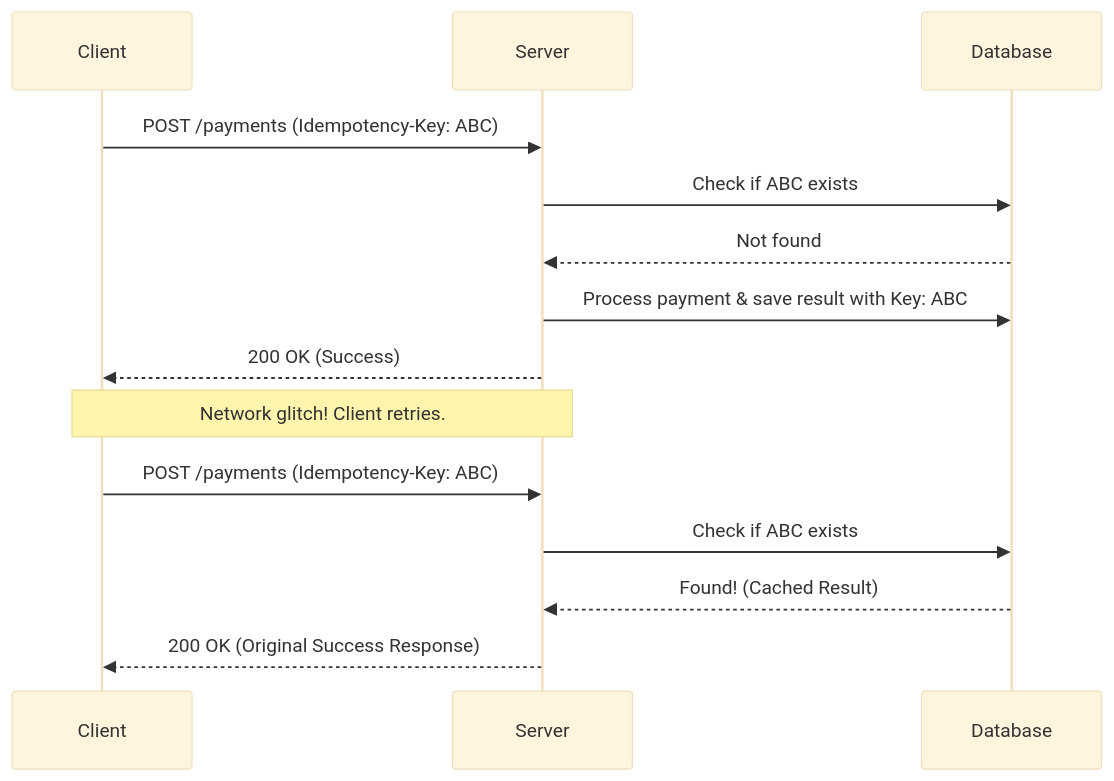
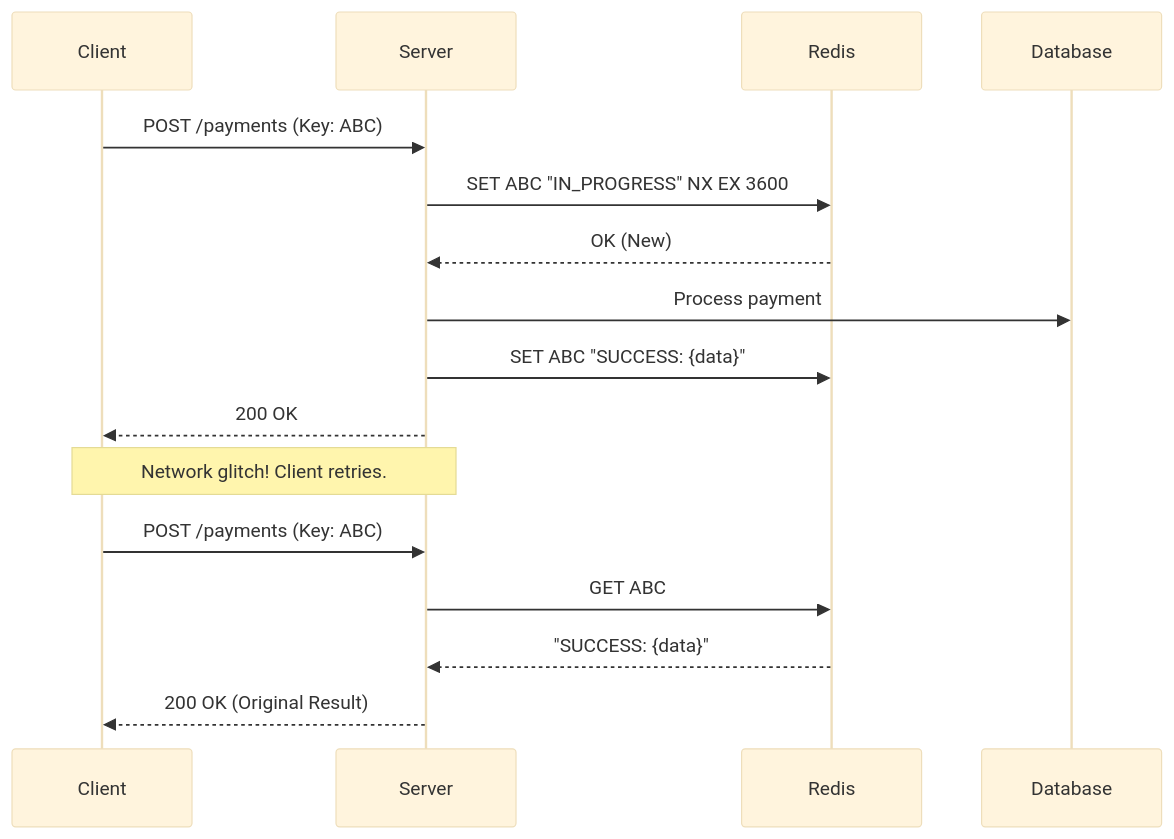
One commit to gabrielrufino/guides changed the diagram in src/architecture/idempotency-keys.md. Above: the diagram before and after it, drawn with Mermaid (base theme). The commit also changed other lines of this file, not shown here.

First line of the commit message:
docs(architecture): expand idempotency keys guide with strategies and Redis storage

````diff
--- a/src/architecture/idempotency-keys.md
+++ b/src/architecture/idempotency-keys.md
@@ -33,19 +56,21 @@
 ```mermaid
 sequenceDiagram
     participant Client
     participant Server
+    participant Redis
     participant Database
 
-    Client->>Server: POST /payments (Idempotency-Key: ABC)
-    Server->>Database: Check if ABC exists
-    Database-->>Server: Not found
-    Server->>Database: Process payment & save result with Key: ABC
-    Server-->>Client: 200 OK (Success)
+    Client->>Server: POST /payments (Key: ABC)
+    Server->>Redis: SET ABC "IN_PROGRESS" NX EX 3600
+    Redis-->>Server: OK (New)
+    Server->>Database: Process payment
+    Server->>Redis: SET ABC "SUCCESS: {data}"
+    Server-->>Client: 200 OK
 
     Note over Client, Server: Network glitch! Client retries.
 
-    Client->>Server: POST /payments (Idempotency-Key: ABC)
-    Server->>Database: Check if ABC exists
-    Database-->>Server: Found! (Cached Result)
-    Server-->>Client: 200 OK (Original Success Response)
+    Client->>Server: POST /payments (Key: ABC)
+    Server->>Redis: GET ABC
+    Redis-->>Server: "SUCCESS: {data}"
+    Server-->>Client: 200 OK (Original Result)
 ```
````
